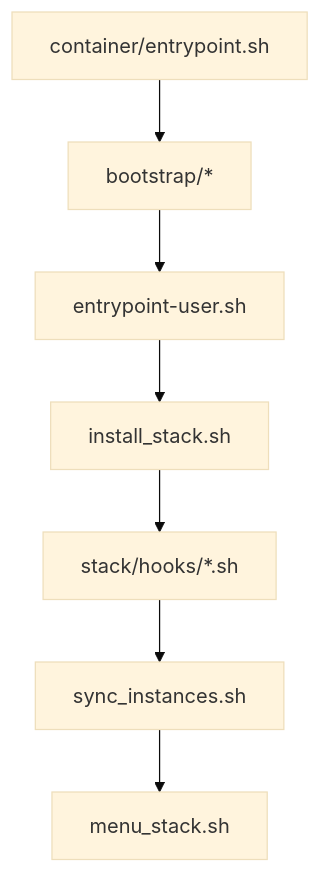
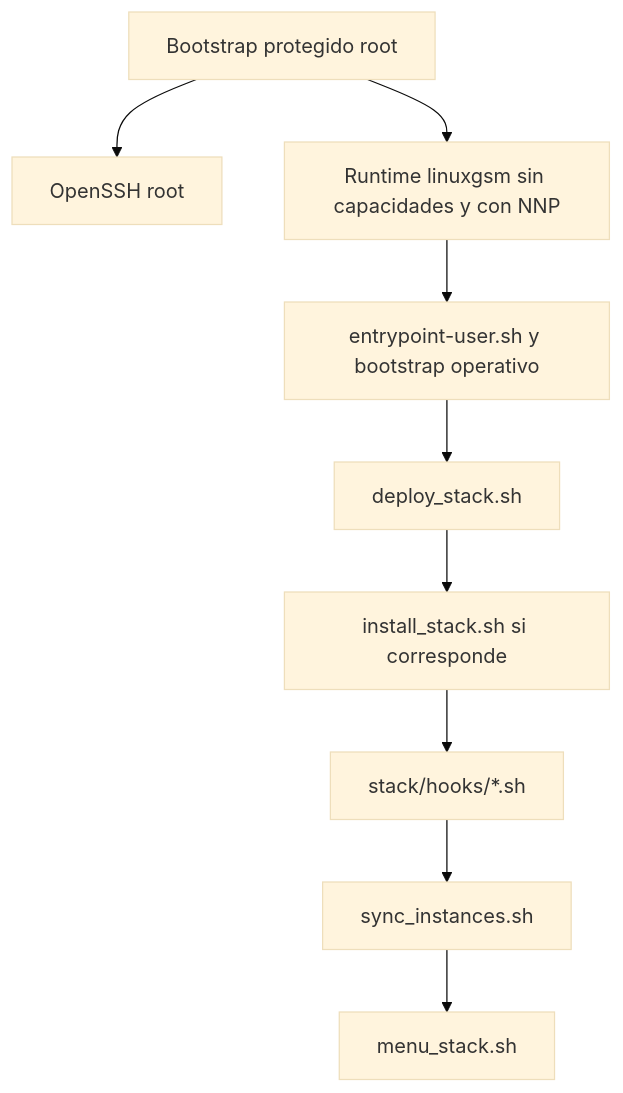
One commit to AoC-Gamers/Docker-L4D2-Competitive changed the diagram in docs/scripts.md. Above: the diagram before and after it, drawn with Mermaid (base theme). The commit also changed 6 other files, not shown here.

````diff
--- a/docs/scripts.md
+++ b/docs/scripts.md
@@ -222,9 +222,11 @@
 ```mermaid
 graph TD
-    A[container/entrypoint.sh] --> B[bootstrap/*]
-    B --> C[entrypoint-user.sh]
-    C --> D[install_stack.sh]
+    A[Bootstrap protegido root] --> SSH[OpenSSH root]
+    A --> R[Runtime linuxgsm sin capacidades y con NNP]
+    R --> B[entrypoint-user.sh y bootstrap operativo]
+    B --> C[deploy_stack.sh]
+    C --> D[install_stack.sh si corresponde]
     D --> E[stack/hooks/*.sh]
     E --> F[sync_instances.sh]
     F --> G[menu_stack.sh]
 ```
````
